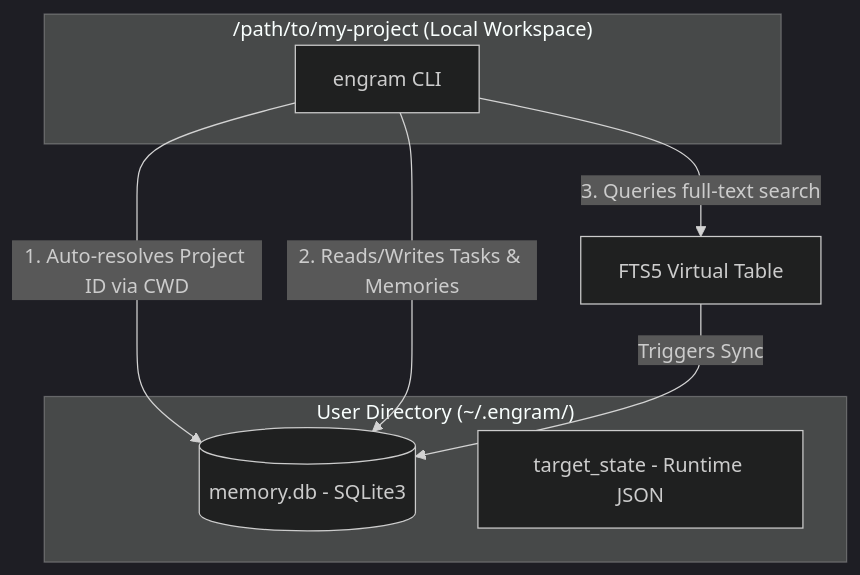
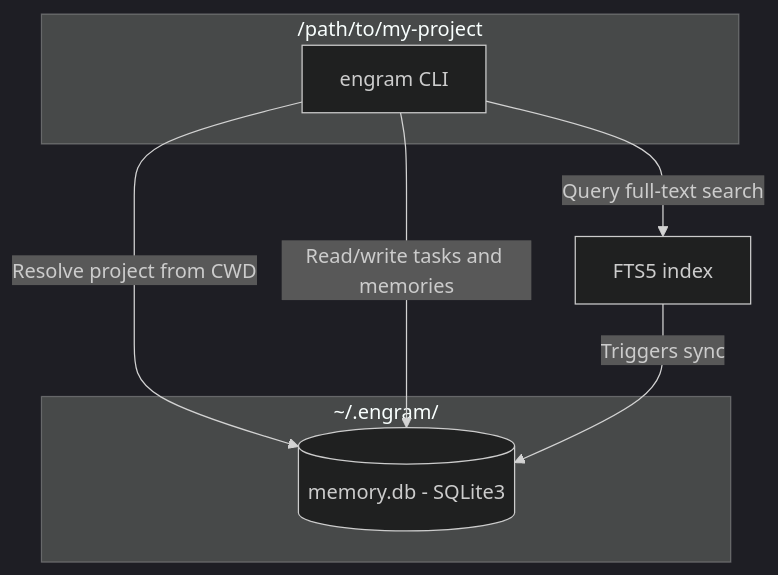
One commit to Sai937593/engram changed the diagram in README.md. Above: the diagram before and after it, drawn with Mermaid (dark theme). The commit also changed other lines of this file and 5 other files, not shown here.

````diff
--- a/README.md
+++ b/README.md
@@ -30,16 +28,15 @@
 ```mermaid
 graph TD
-    subgraph Local Repository ["/path/to/my-project (Local Workspace)"]
+    subgraph Local Repository ["/path/to/my-project"]
         CLI[engram CLI]
     end
 
-    subgraph Global Storage ["User Directory (~/.engram/)"]
+    subgraph Global Storage ["~/.engram/"]
         DB[(memory.db - SQLite3)]
-        TargetState[target_state - Runtime JSON]
     end
 
-    CLI -->|1. Auto-resolves Project ID via CWD| DB
-    CLI -->|2. Reads/Writes Tasks & Memories| DB
-    CLI -->|3. Queries full-text search| FTS5[FTS5 Virtual Table]
-    FTS5 -->|Triggers Sync| DB
+    CLI -->|Resolve project from CWD| DB
+    CLI -->|Read/write tasks and memories| DB
+    CLI -->|Query full-text search| FTS5[FTS5 index]
+    FTS5 -->|Triggers sync| DB
 ```
````
